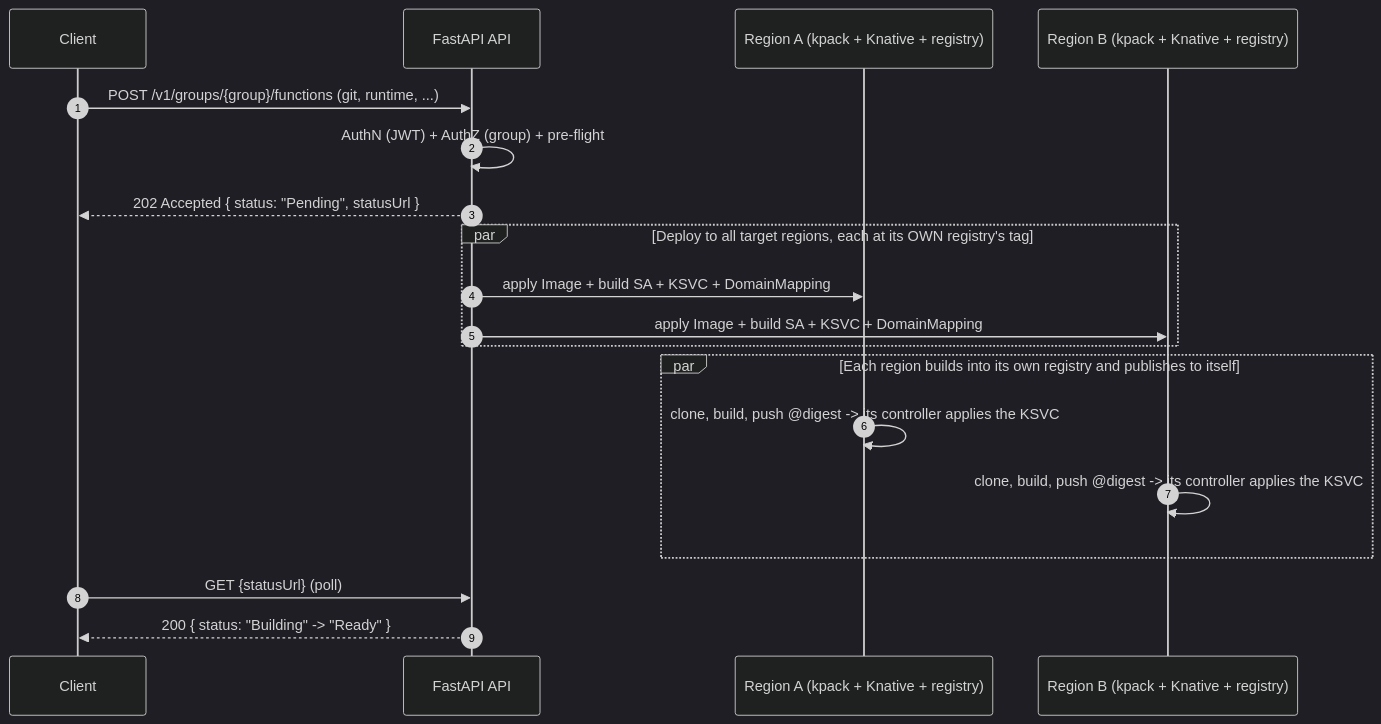
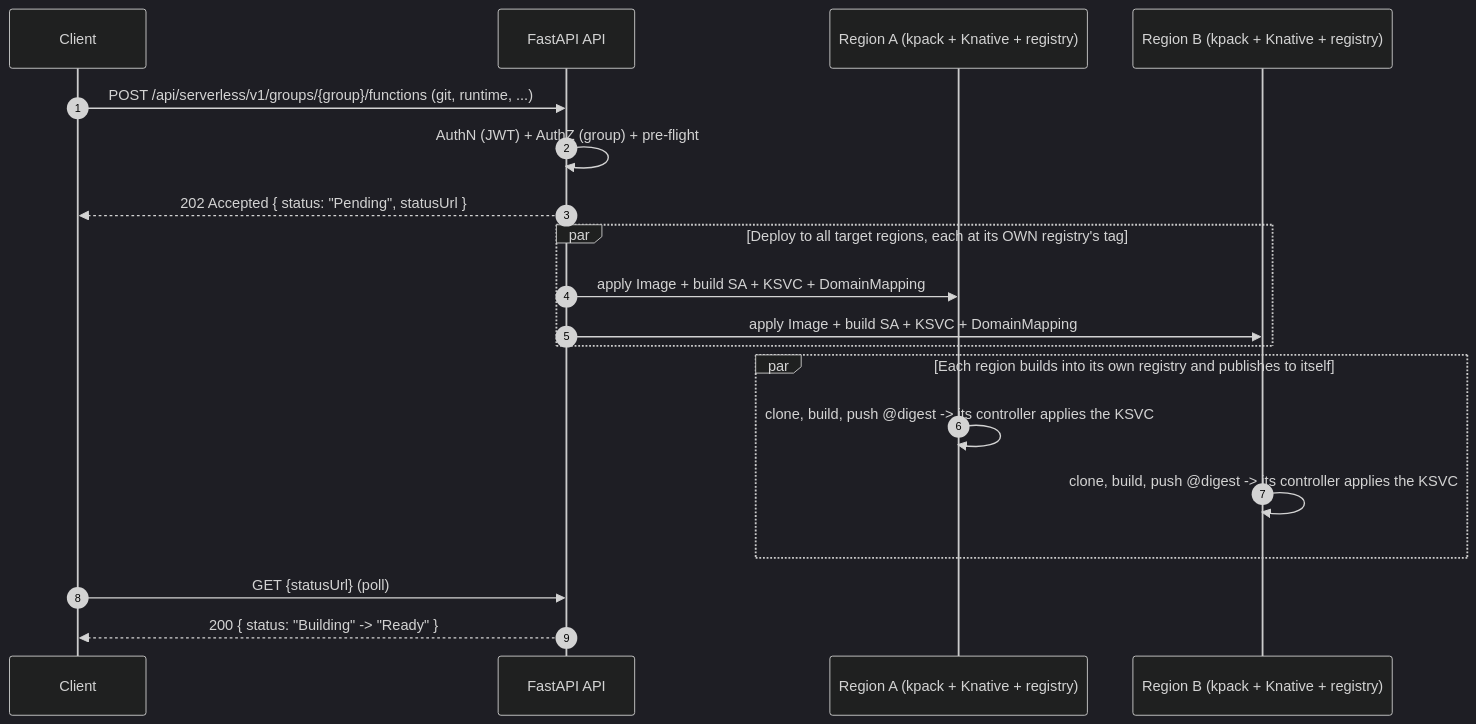
Before and after one commit to black-cloudlet/serverless: the diagram in docs/FUNCTIONS.md, drawn with Mermaid (dark theme). The commit also changed other lines of this file and 15 other files, not shown here.

First line of the commit message:
Mount under /api/serverless, and write every documented path in full

````diff
--- a/docs/FUNCTIONS.md
+++ b/docs/FUNCTIONS.md
@@ -56,22 +56,22 @@
 ```mermaid
 sequenceDiagram
     autonumber
     participant U as Client
     participant API as FastAPI API
     participant ZA as Region A (kpack + Knative + registry)
     participant ZB as Region B (kpack + Knative + registry)
 
-    U->>API: POST /v1/groups/{group}/functions (git, runtime, ...)
+    U->>API: POST /api/serverless/v1/groups/{group}/functions (git, runtime, ...)
     API->>API: AuthN (JWT) + AuthZ (group) + pre-flight
     API-->>U: 202 Accepted { status: "Pending", statusUrl }
     par Deploy to all target regions, each at its OWN registry's tag
         API->>ZA: apply Image + build SA + KSVC + DomainMapping
         API->>ZB: apply Image + build SA + KSVC + DomainMapping
     end
     par Each region builds into its own registry and publishes to itself
         ZA->>ZA: clone, build, push @digest -> its controller applies the KSVC
         ZB->>ZB: clone, build, push @digest -> its controller applies the KSVC
     end
     U->>API: GET {statusUrl} (poll)
     API-->>U: 200 { status: "Building" -> "Ready" }
 ```
````
